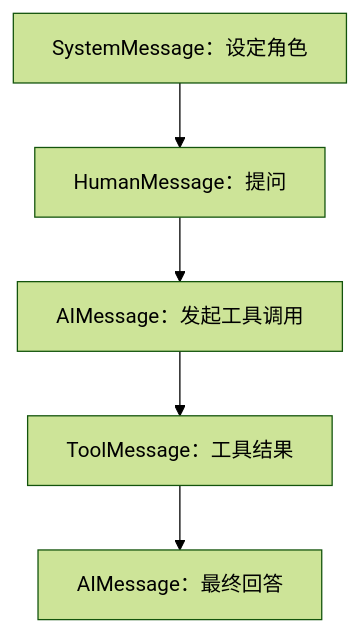
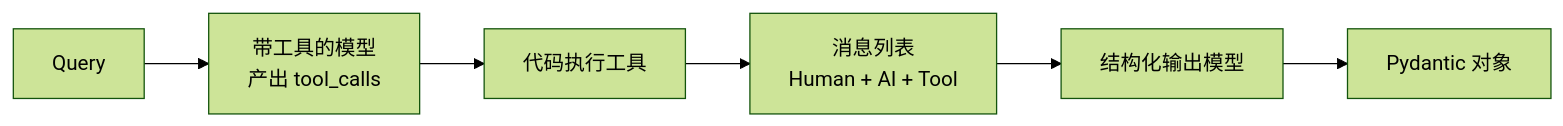
One commit to HandlerOne01/IMiss_Blog changed the fifth of 12 diagrams in src/content/posts/ai/langchain-nengli-xiangjie.md. Above: the diagram before and after it, drawn with Mermaid (forest theme). The commit also changed other lines of this file and 6 other files, not shown here.

````diff
--- a/src/content/posts/ai/langchain-nengli-xiangjie.md
+++ b/src/content/posts/ai/langchain-nengli-xiangjie.md
@@ -154,7 +944,8 @@
 ```mermaid
-flowchart TD
-    S["SystemMessage：设定角色"] --> H1["HumanMessage：提问"]
-    H1 --> A1["AIMessage：发起工具调用"]
-    A1 --> T["ToolMessage：工具结果"]
-    T --> A2["AIMessage：最终回答"]
+flowchart LR
+    Q["Query"] --> T1["带工具的模型<br/>产出 tool_calls"]
+    T1 --> EX["代码执行工具"]
+    EX --> MSG["消息列表<br/>Human + AI + Tool"]
+    MSG --> T2["结构化输出模型"]
+    T2 --> R["Pydantic 对象"]
 ```
````
